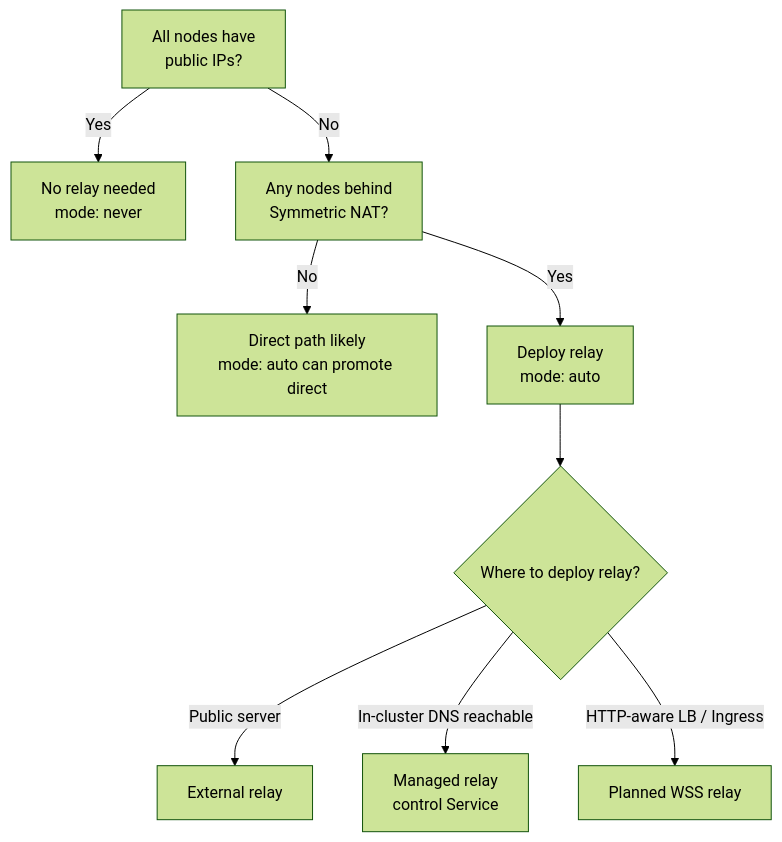
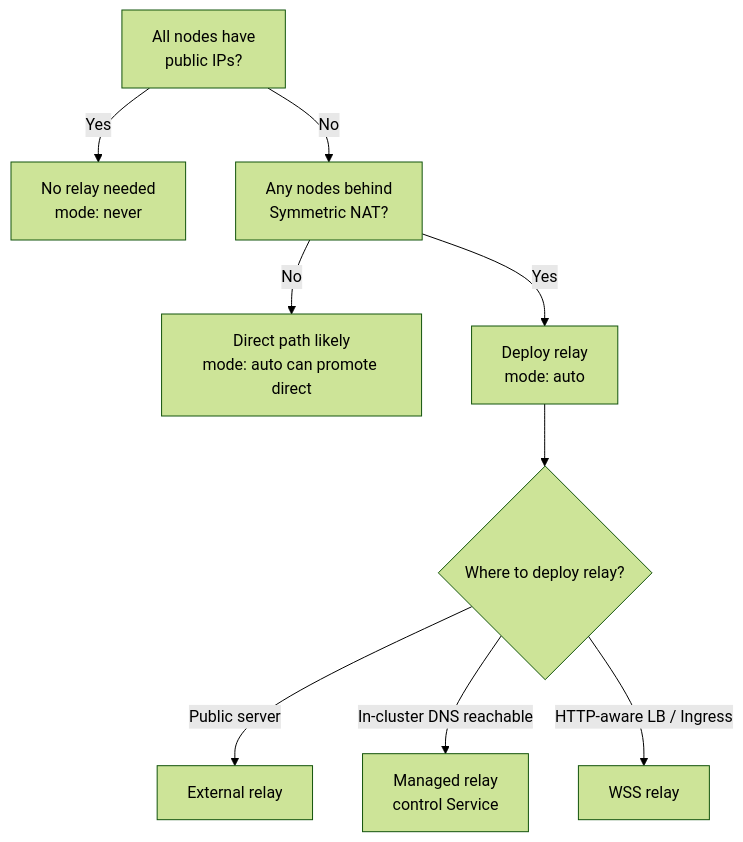
One commit to inerplat/wirekube changed the sixth of 6 diagrams in docs/operations/topologies.md. Above: the diagram before and after it, drawn with Mermaid (forest theme). The commit also changed 28 other files, not shown here.

````diff
--- a/docs/operations/topologies.md
+++ b/docs/operations/topologies.md
@@ -134,11 +134,11 @@
 ```mermaid
 graph TD
     A[All nodes have<br/>public IPs?] -->|Yes| B[No relay needed<br/>mode: never]
     A -->|No| C[Any nodes behind<br/>Symmetric NAT?]
     C -->|No| D[Direct path likely<br/>mode: auto can promote direct]
     C -->|Yes| E[Deploy relay<br/>mode: auto]
     E --> F{Where to deploy relay?}
     F -->|Public server| G[External relay]
     F -->|In-cluster DNS reachable| H[Managed relay<br/>control Service]
-    F -->|HTTP-aware LB / Ingress| I[Planned WSS relay]
+    F -->|HTTP-aware LB / Ingress| I[WSS relay]
 ```
````
